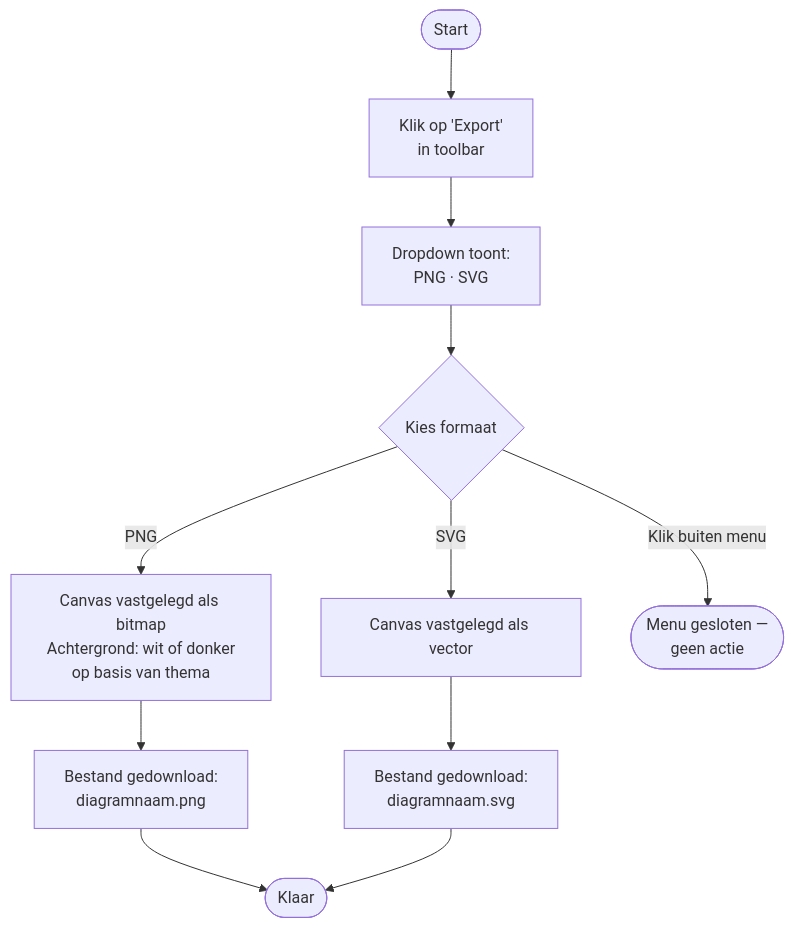
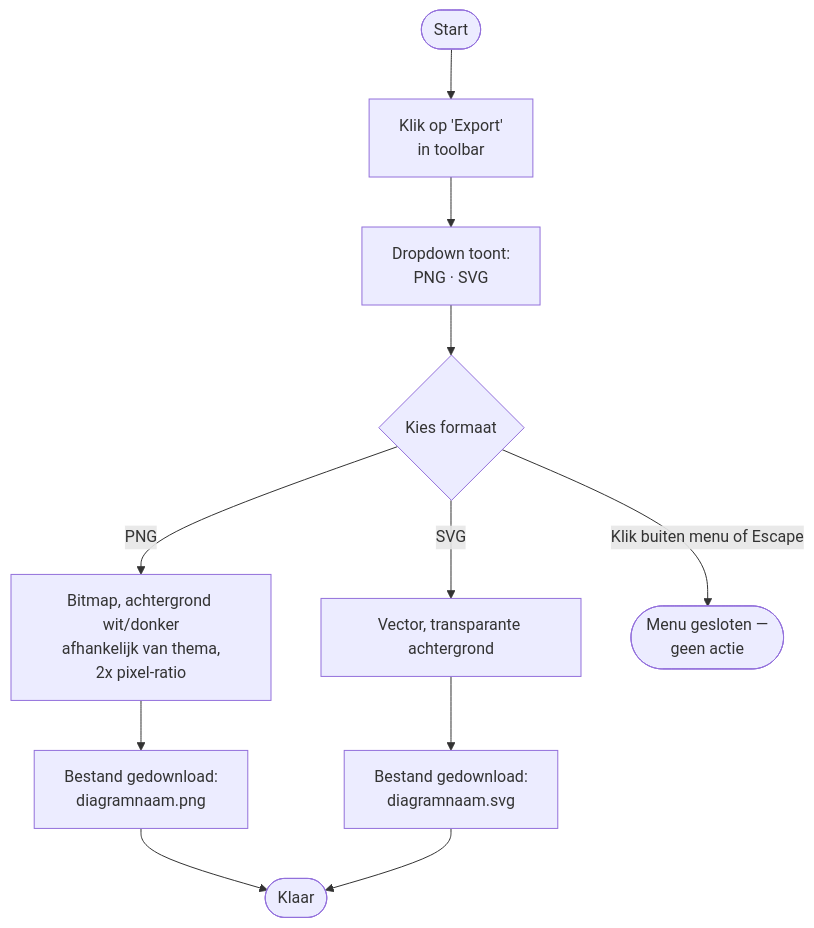
One commit to GRJX/mmd-flowchart changed diagram 16 of 18 in docs/USERFLOWS.md. Above: the diagram before and after it, drawn with Mermaid. The commit also changed other lines of this file and 57 other files, not shown here.

````diff
--- a/docs/USERFLOWS.md
+++ b/docs/USERFLOWS.md
@@ -258,13 +329,13 @@
 ```mermaid
 flowchart TD
     A([Start]) --> B["Klik op 'Export'<br>in toolbar"]
     B --> C["Dropdown toont:<br>PNG · SVG"]
     C --> D{Kies formaat}
-    D -- PNG --> E["Canvas vastgelegd als bitmap<br>Achtergrond: wit of donker<br>op basis van thema"]
-    D -- SVG --> F[Canvas vastgelegd als vector]
+    D -- PNG --> E["Bitmap, achtergrond wit/donker<br>afhankelijk van thema,<br>2x pixel-ratio"]
+    D -- SVG --> F["Vector, transparante achtergrond"]
     E --> G["Bestand gedownload:<br>diagramnaam.png"]
     F --> H["Bestand gedownload:<br>diagramnaam.svg"]
     G --> I([Klaar])
     H --> I
-    D -- "Klik buiten menu" --> J(["Menu gesloten —<br>geen actie"])
+    D -- "Klik buiten menu of Escape" --> J(["Menu gesloten —<br>geen actie"])
 ```
````
